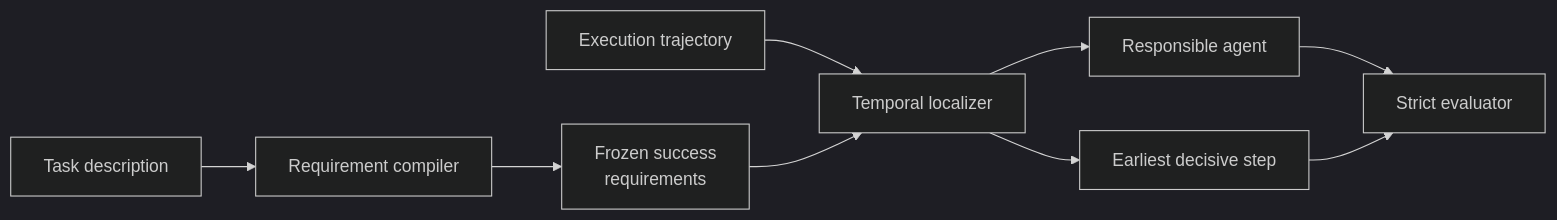
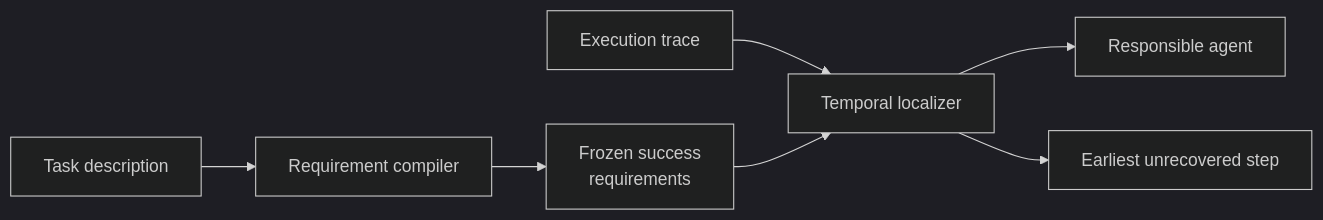
One commit to yoon-chan-hyeok/multi-agent-failure-localization changed the diagram in README.md. Above: the diagram before and after it, drawn with Mermaid (dark theme). The commit also changed other lines of this file and 5 other files, not shown here.

````diff
--- a/README.md
+++ b/README.md
@@ -58,11 +26,9 @@
 ```mermaid
 flowchart LR
     T["Task description"] --> C["Requirement compiler"]
     C --> R["Frozen success<br/>requirements"]
-    X["Execution trajectory"] --> L["Temporal localizer"]
+    X["Execution trace"] --> L["Temporal localizer"]
     R --> L
     L --> A["Responsible agent"]
-    L --> S["Earliest decisive step"]
-    A --> E["Strict evaluator"]
-    S --> E
+    L --> S["Earliest unrecovered step"]
 ```
````
